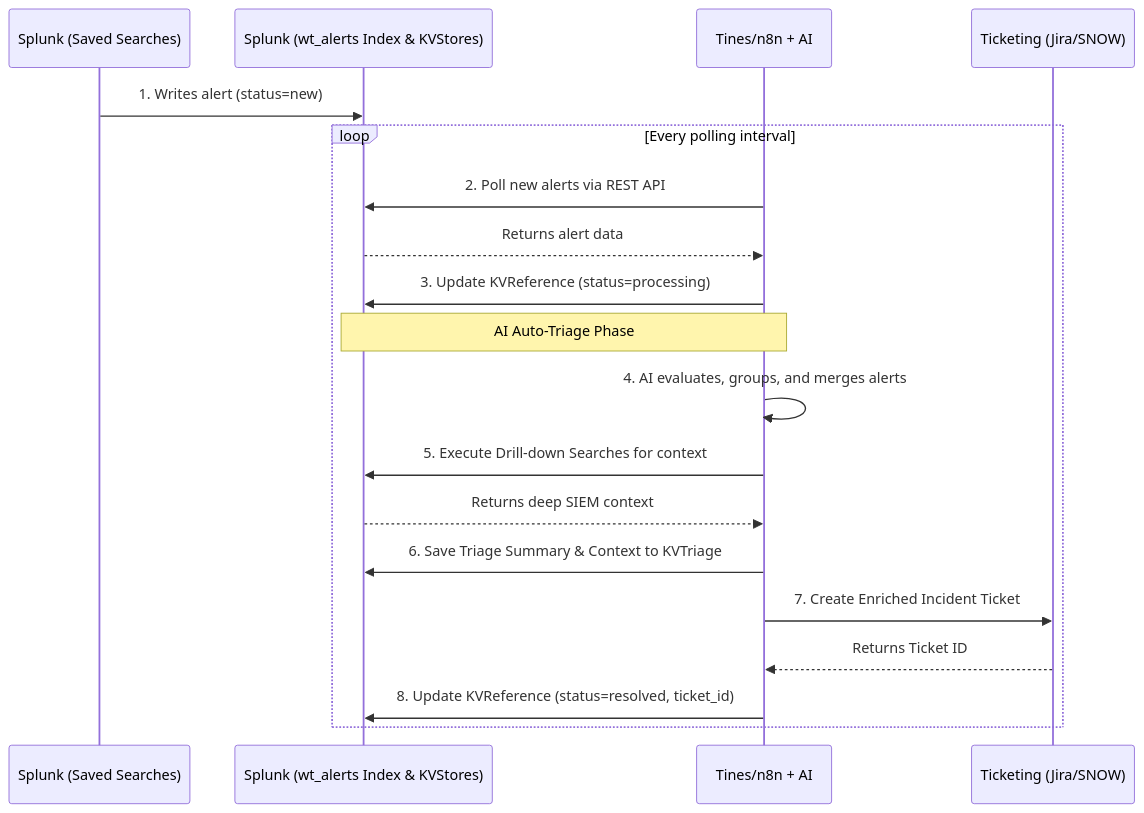
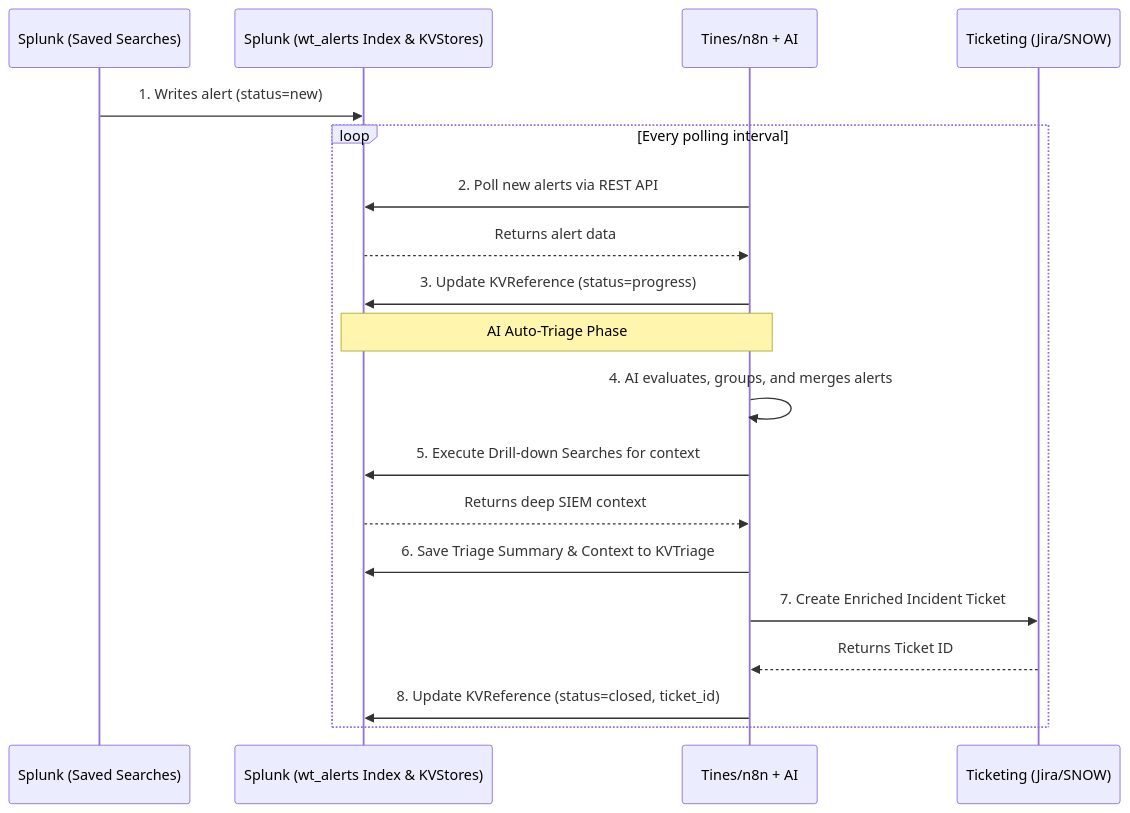
The diagram in docs/design/splunk/data_flow.md (getkub/watchtower), drawn with Mermaid before and after one commit. The commit also changed 21 other files, not shown here.

````diff
--- a/docs/design/splunk/data_flow.md
+++ b/docs/design/splunk/data_flow.md
@@ -3,24 +3,24 @@
 ```mermaid
 sequenceDiagram
     participant S as Splunk (Saved Searches)
     participant W as Splunk (wt_alerts Index & KVStores)
     participant T as Tines/n8n + AI
     participant D as Ticketing (Jira/SNOW)
 
     S->>W: 1. Writes alert (status=new)
     loop Every polling interval
         T->>W: 2. Poll new alerts via REST API
         W-->>T: Returns alert data
-        T->>W: 3. Update KVReference (status=processing)
+        T->>W: 3. Update KVReference (status=progress)
         
         Note over W,T: AI Auto-Triage Phase
         T->>T: 4. AI evaluates, groups, and merges alerts
         T->>W: 5. Execute Drill-down Searches for context
         W-->>T: Returns deep SIEM context
         T->>W: 6. Save Triage Summary & Context to KVTriage
         
         T->>D: 7. Create Enriched Incident Ticket
         D-->>T: Returns Ticket ID
-        T->>W: 8. Update KVReference (status=resolved, ticket_id)
+        T->>W: 8. Update KVReference (status=closed, ticket_id)
     end
 ```
````
